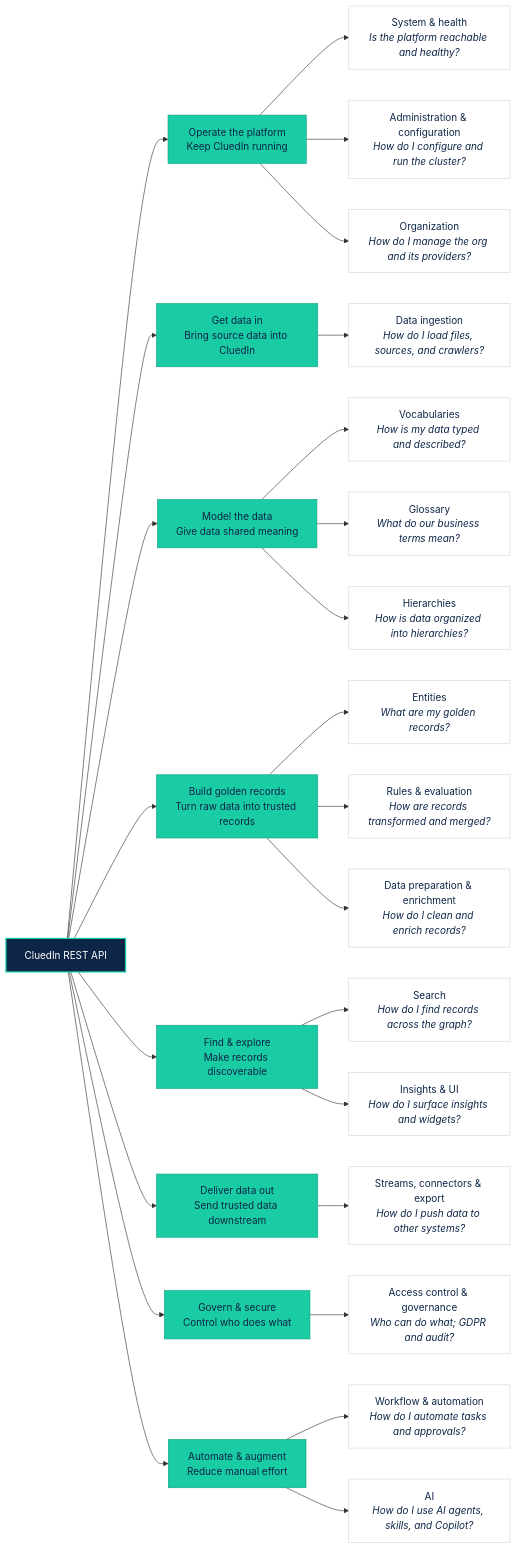
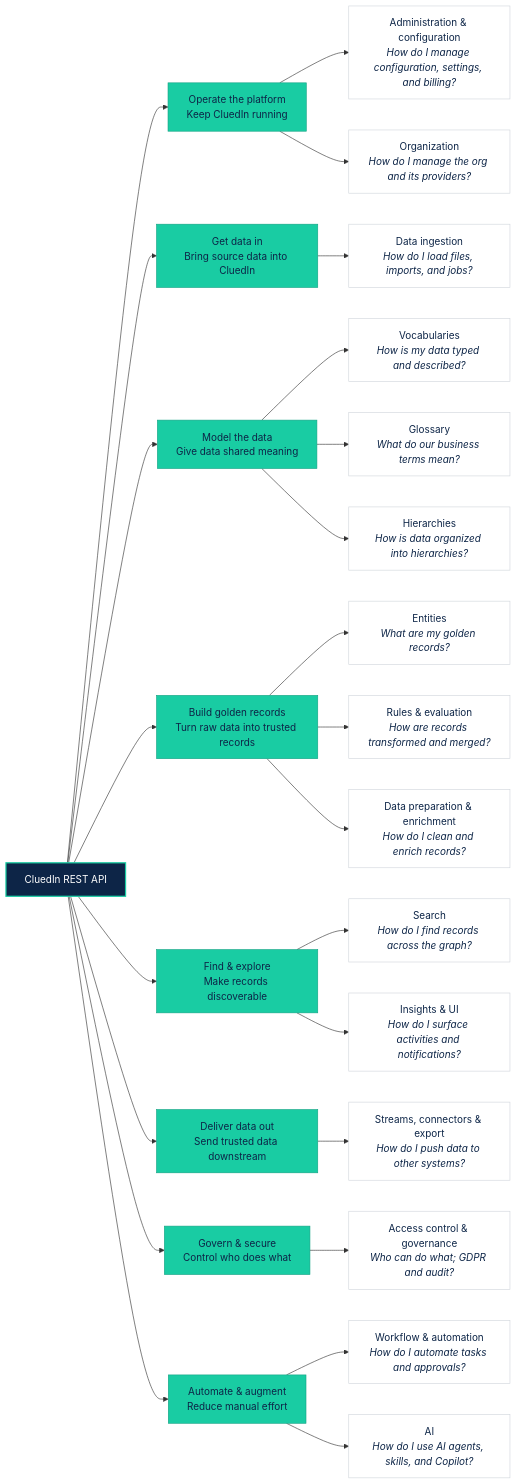
One commit to CluedIn-io/CluedIn.Documentation changed the diagram in docs/250-rest-api/010-get-started.md. Above: the diagram before and after it, drawn with Mermaid. The commit also changed other lines of this file and 32 other files, not shown here.

First line of the commit message:
Prune obsolete and non-customer-facing endpoints from REST API docs

````diff
--- a/docs/250-rest-api/010-get-started.md
+++ b/docs/250-rest-api/010-get-started.md
@@ -23,65 +23,63 @@
 ```mermaid
 graph LR
   API["CluedIn REST API"]
 
   API --> OP["Operate the platform<br/>Keep CluedIn running"]
   API --> IN["Get data in<br/>Bring source data into CluedIn"]
   API --> MODEL["Model the data<br/>Give data shared meaning"]
   API --> MASTER["Build golden records<br/>Turn raw data into trusted records"]
   API --> FIND["Find & explore<br/>Make records discoverable"]
   API --> OUT["Deliver data out<br/>Send trusted data downstream"]
   API --> GOV["Govern & secure<br/>Control who does what"]
   API --> AUTO["Automate & augment<br/>Reduce manual effort"]
 
-  OP --> sys["System & health<br/><i>Is the platform reachable and healthy?</i>"]
-  OP --> admin["Administration & configuration<br/><i>How do I configure and run the cluster?</i>"]
+  OP --> admin["Administration & configuration<br/><i>How do I manage configuration, settings, and billing?</i>"]
   OP --> org["Organization<br/><i>How do I manage the org and its providers?</i>"]
 
-  IN --> ingest["Data ingestion<br/><i>How do I load files, sources, and crawlers?</i>"]
+  IN --> ingest["Data ingestion<br/><i>How do I load files, imports, and jobs?</i>"]
 
   MODEL --> vocab["Vocabularies<br/><i>How is my data typed and described?</i>"]
   MODEL --> gloss["Glossary<br/><i>What do our business terms mean?</i>"]
   MODEL --> hier["Hierarchies<br/><i>How is data organized into hierarchies?</i>"]
 
   MASTER --> ent["Entities<br/><i>What are my golden records?</i>"]
   MASTER --> rules["Rules & evaluation<br/><i>How are records transformed and merged?</i>"]
   MASTER --> prep["Data preparation & enrichment<br/><i>How do I clean and enrich records?</i>"]
 
   FIND --> search["Search<br/><i>How do I find records across the graph?</i>"]
-  FIND --> ui["Insights & UI<br/><i>How do I surface insights and widgets?</i>"]
+  FIND --> ui["Insights & UI<br/><i>How do I surface activities and notifications?</i>"]
 
   OUT --> streams["Streams, connectors & export<br/><i>How do I push data to other systems?</i>"]
 
   GOV --> acl["Access control & governance<br/><i>Who can do what; GDPR and audit?</i>"]
 
   AUTO --> flow["Workflow & automation<br/><i>How do I automate tasks and approvals?</i>"]
   AUTO --> ai["AI<br/><i>How do I use AI agents, skills, and Copilot?</i>"]
 
   %% CluedIn brand styling: navy root, teal phases, white category cards
   classDef root fill:#0d2547,stroke:#19cca3,stroke-width:2px,color:#ffffff;
   classDef phase fill:#19cca3,stroke:#13a384,stroke-width:1px,color:#0d2547;
   classDef cat fill:#ffffff,stroke:#d1d6dc,stroke-width:1px,color:#0d2547;
 
   class API root;
   class OP,IN,MODEL,MASTER,FIND,OUT,GOV,AUTO phase;
-  class sys,admin,org,ingest,vocab,gloss,hier,ent,rules,prep,search,ui,streams,acl,flow,ai cat;
+  class admin,org,ingest,vocab,gloss,hier,ent,rules,prep,search,ui,streams,acl,flow,ai cat;
 
   %% Links to each category's API reference page
   click API href "/rest-api/api-reference" "All API reference categories" _self
-  click sys href "/rest-api/api-reference/system" "System & health reference" _self
   click admin href "/rest-api/api-reference/administration-and-configuration" "Administration & configuration reference" _self
   click org href "/rest-api/api-reference/organization" "Organization reference" _self
   click ingest href "/rest-api/api-reference/data-ingestion" "Data ingestion reference" _self
   click vocab href "/rest-api/api-reference/vocabularies" "Vocabularies reference" _self
   click gloss href "/rest-api/api-reference/glossary" "Glossary reference" _self
   click hier href "/rest-api/api-reference/hierarchies" "Hierarchies reference" _self
   click ent href "/rest-api/api-reference/entities" "Entities reference" _self
   click rules href "/rest-api/api-reference/rules-and-evaluation" "Rules & evaluation reference" _self
   click prep href "/rest-api/api-reference/data-preparation-and-enrichment" "Data preparation & enrichment reference" _self
   click search href "/rest-api/api-reference/search" "Search reference" _self
   click ui href "/rest-api/api-reference/insights-and-ui" "Insights & UI reference" _self
   click streams href "/rest-api/api-reference/streams-and-export" "Streams, connectors & export reference" _self
   click acl href "/rest-api/api-reference/access-control-and-governance" "Access control & governance reference" _self
   click flow href "/rest-api/api-reference/workflow-and-automation" "Workflow & automation reference" _self
   click ai href "/rest-api/api-reference/ai" "AI reference" _self
 ```
````
